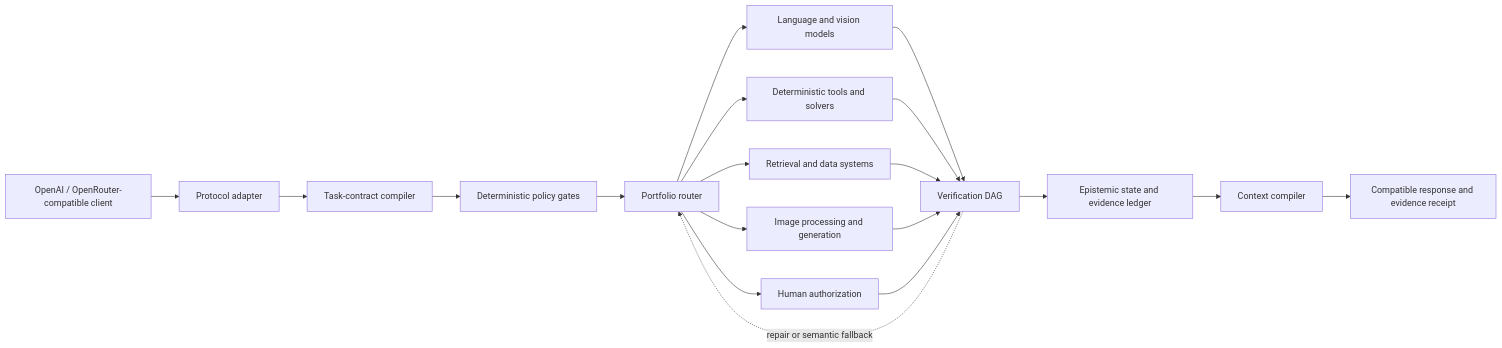
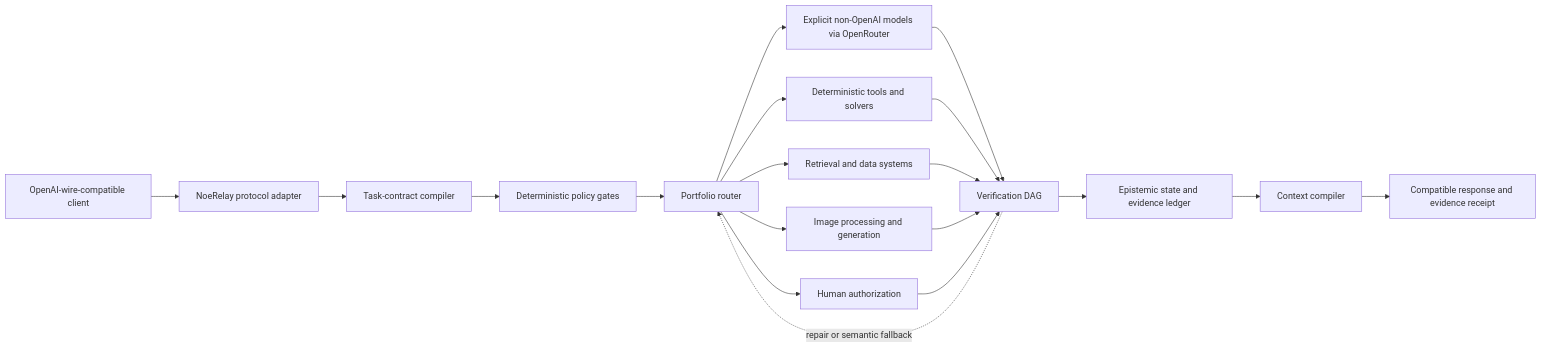
Before and after one commit to electrohire/noerelay: the diagram in README.md, drawn with Mermaid. The commit also changed other lines of this file and 14 other files, not shown here.

Commit message:
Enforce OpenRouter-only model routing

````diff
--- a/README.md
+++ b/README.md
@@ -37,24 +39,24 @@
 ```mermaid
 flowchart LR
-    C["OpenAI / OpenRouter-compatible client"] --> A["Protocol adapter"]
+    C["OpenAI-wire-compatible client"] --> A["NoeRelay protocol adapter"]
     A --> T["Task-contract compiler"]
     T --> P["Deterministic policy gates"]
     P --> R["Portfolio router"]
 
-    R --> M["Language and vision models"]
+    R --> M["Explicit non-OpenAI models via OpenRouter"]
     R --> D["Deterministic tools and solvers"]
     R --> X["Retrieval and data systems"]
     R --> I["Image processing and generation"]
     R --> H["Human authorization"]
 
     M --> V["Verification DAG"]
     D --> V
     X --> V
     I --> V
     H --> V
 
     V --> E["Epistemic state and evidence ledger"]
     E --> K["Context compiler"]
     K --> O["Compatible response and evidence receipt"]
     V -. "repair or semantic fallback" .-> R
 ```
````
